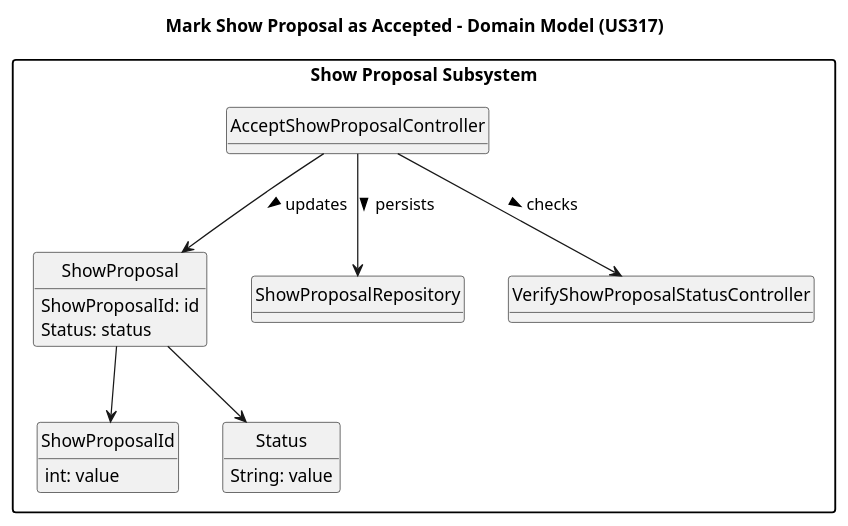
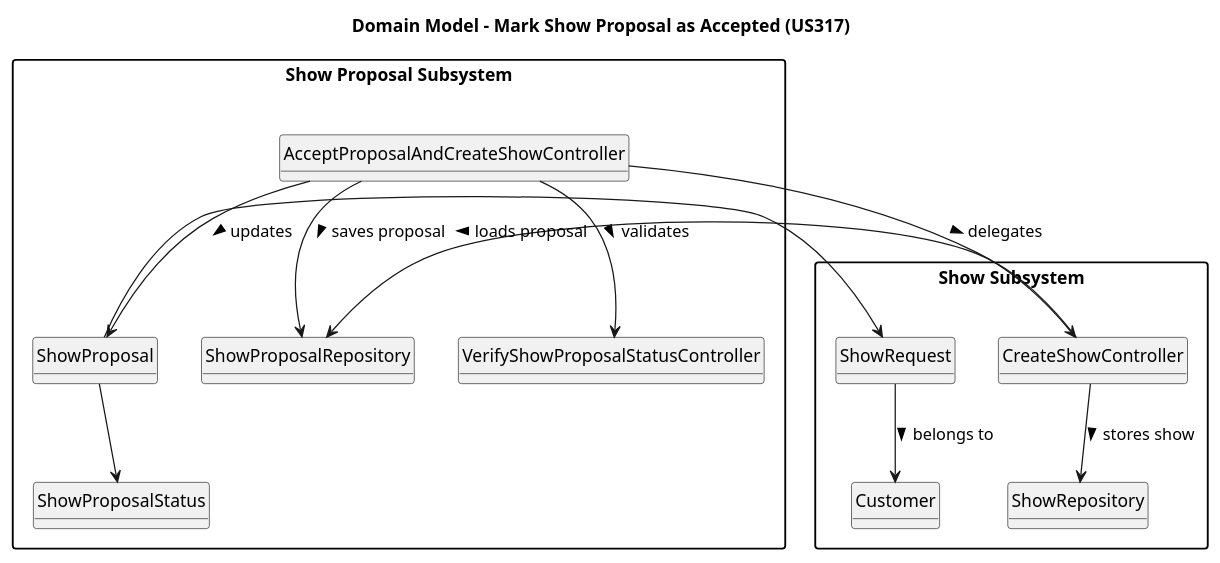
Before and after one commit to SAEmanuel/Shodrone_ISEP: the diagram in docs/planning/sprint3/EAPLI/US317 - Mark show proposal as accepted/02.analysis/puml/us317-domain-model.puml, drawn with PlantUML. The commit also changed 42 other files, not shown here.

```diff
--- a/docs/planning/sprint3/EAPLI/US317 - Mark show proposal as accepted/02.analysis/puml/us317-domain-model.puml
+++ b/docs/planning/sprint3/EAPLI/US317 - Mark show proposal as accepted/02.analysis/puml/us317-domain-model.puml
@@ -1,47 +1,74 @@
 @startuml
 
 skinparam monochrome true
 skinparam packageStyle rectangle
 skinparam shadowing false
 
-title Mark Show Proposal as Accepted - Domain Model (US317)
+title Domain Model - Mark Show Proposal as Accepted (US317)
 
 hide circles
 hide methods
 
 package "Show Proposal Subsystem" {
 
-    class AcceptShowProposalController {
-        +markShowProposalAsAccepted(proposal)
+    class AcceptProposalAndCreateShowController {
+        +acceptProposalAndCreateShow(proposal): Optional<Show>
     }
 
     class ShowProposal {
-        ShowProposalId: id
-        Status: status
+        +setStatus(COLLABORATOR_APPROVED)
+        +getStatus(): ShowProposalStatus
+        +getShowRequest(): ShowRequest
+        +identity(): Long
     }
 
-    class ShowProposalId {
-        int: value
-    }
-
-    class Status {
-        String: value
+    class ShowProposalStatus {
+        (CUSTOMER_APPROVED, COLLABORATOR_APPROVED, ...)
     }
 
     class ShowProposalRepository {
-        +updateInStoreProposal(proposal)
+        +saveInStore(proposal)
+        +findByID(id): Optional<ShowProposal>
+        +getUpdatedProposals(): Optional<List<ShowProposal>>
     }
 
     class VerifyShowProposalStatusController {
         +wasShowProposalSent(proposal): boolean
     }
-
-    AcceptShowProposalController --> ShowProposal : updates >
-    AcceptShowProposalController --> ShowProposalRepository : persists >
-    AcceptShowProposalController --> VerifyShowProposalStatusController : checks >
-
-    ShowProposal --> ShowProposalId
-    ShowProposal --> Status
 }
 
+package "Show Subsystem" {
+
+    class CreateShowController {
+        +createShowFromProposal(proposal): Optional<Show>
+    }
+
+    class ShowRepository {
+        +findDuplicateShow(location, date, customerID): Optional<Show>
+        +saveInStore(show)
+    }
+
+    class ShowRequest {
+        +getCostumer(): Customer
+        +identity(): Long
+    }
+
+    class Customer {
+        +identity(): Long
+    }
+}
+
+' Relationships
+AcceptProposalAndCreateShowController --> ShowProposal : updates >
+AcceptProposalAndCreateShowController --> VerifyShowProposalStatusController : validates >
+AcceptProposalAndCreateShowController --> CreateShowController : delegates >
+AcceptProposalAndCreateShowController --> ShowProposalRepository : saves proposal >
+
+ShowProposal --> ShowProposalStatus
+ShowProposal --> ShowRequest
+
+CreateShowController --> ShowProposalRepository : loads proposal >
+CreateShowController --> ShowRepository : stores show >
+ShowRequest --> Customer : belongs to >
+
 @enduml
```
